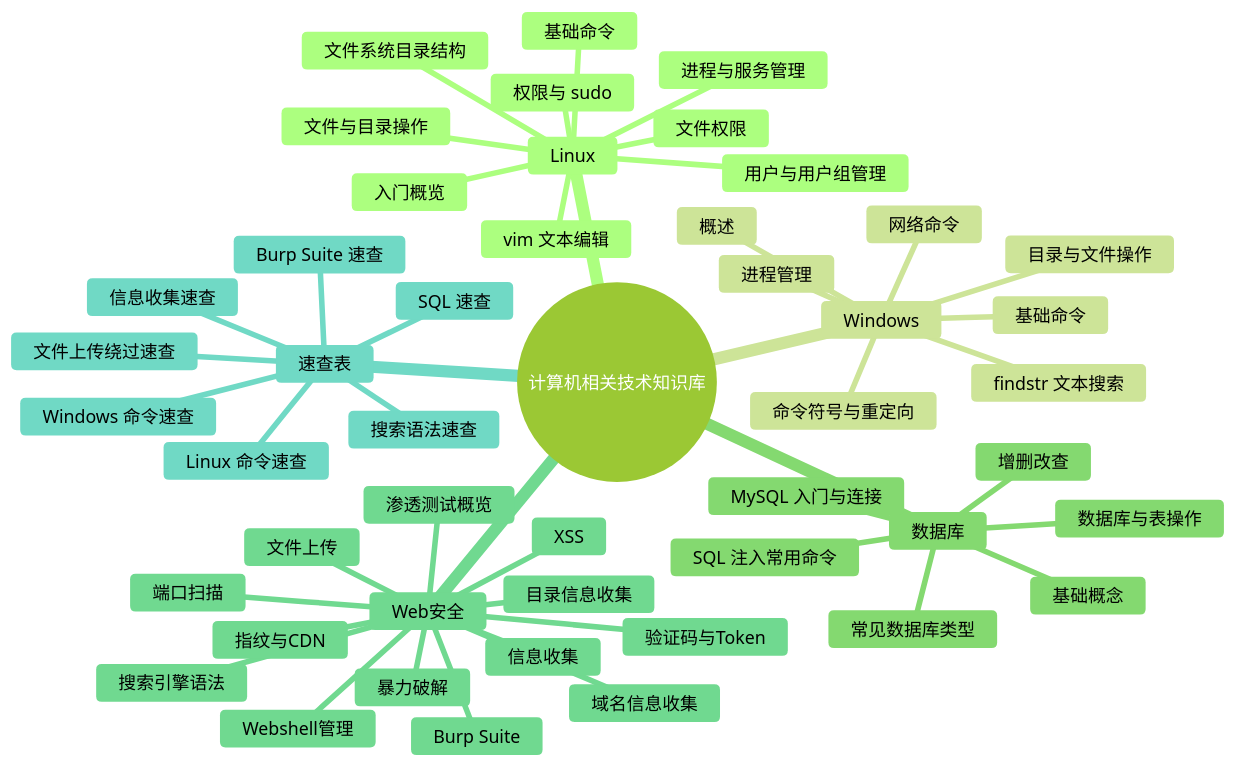
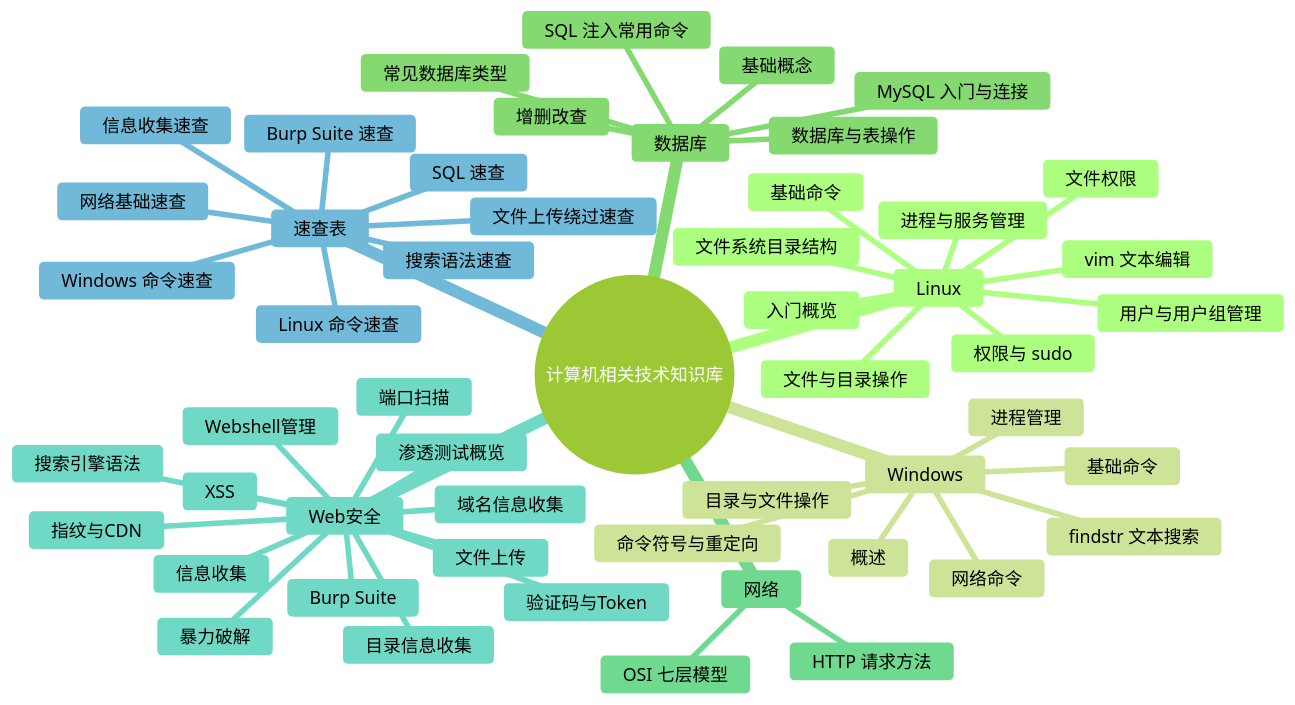
One commit to wang-0612/- changed the diagram in src/site/notes/计算机相关技术知识库/首页.md. Above: the diagram before and after it, drawn with Mermaid (forest theme). The commit also changed other lines of this file and 17 other files, not shown here.

````diff
--- a/src/site/notes/计算机相关技术知识库/首页.md
+++ b/src/site/notes/计算机相关技术知识库/首页.md
@@ -12,51 +12,55 @@
 ```mermaid
 mindmap
   root((计算机相关技术知识库))
     Linux
       入门概览
       基础命令
       用户与用户组管理
       权限与 sudo
       文件与目录操作
       文件系统目录结构
       文件权限
       vim 文本编辑
       进程与服务管理
     Windows
       概述
       基础命令
       目录与文件操作
       findstr 文本搜索
       进程管理
       网络命令
       命令符号与重定向
     数据库
       基础概念
       常见数据库类型
       MySQL 入门与连接
       数据库与表操作
       增删改查
       SQL 注入常用命令
+    网络
+      OSI 七层模型
+      HTTP 请求方法
     Web安全
       渗透测试概览
       信息收集
       域名信息收集
       端口扫描
       目录信息收集
       指纹与CDN
       搜索引擎语法
       Burp Suite
       暴力破解
       验证码与Token
       XSS
       文件上传
       Webshell管理
     速查表
       Linux 命令速查
       Windows 命令速查
       SQL 速查
       信息收集速查
       搜索语法速查
       Burp Suite 速查
       文件上传绕过速查
+      网络基础速查
 ```
````
